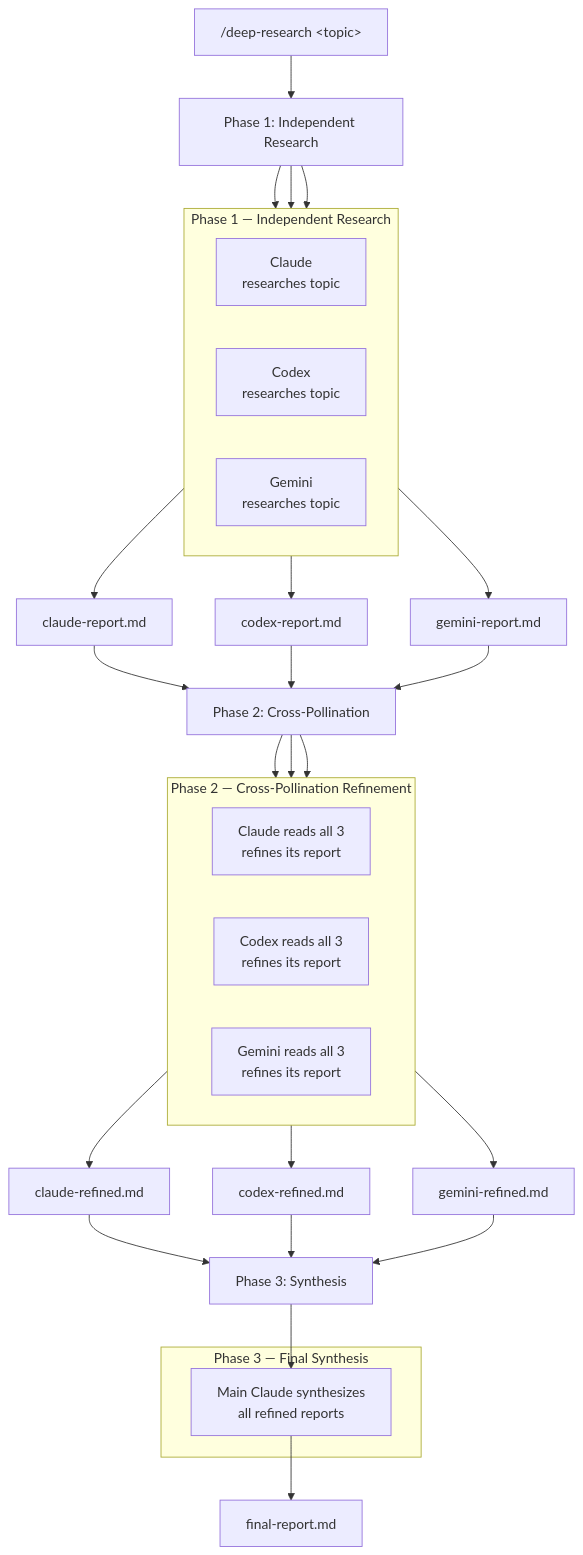
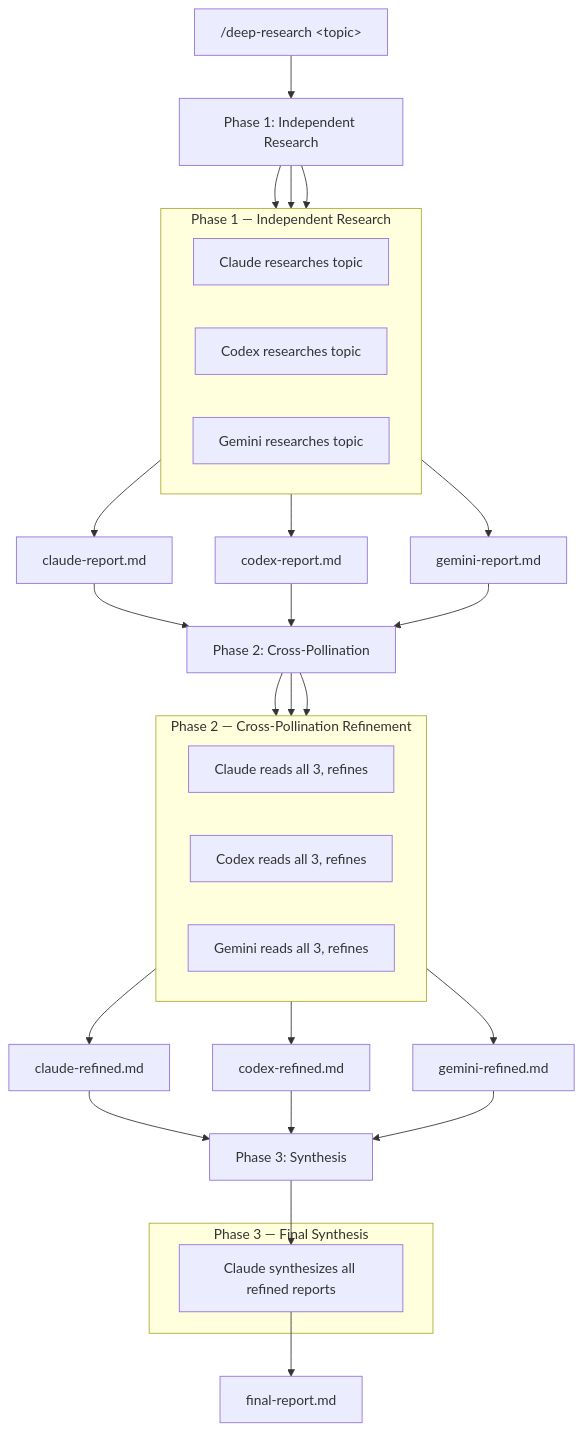
Before and after one commit to jworinc/research-council: the diagram in README.md, drawn with Mermaid.

Commit message:
Fix mermaid diagram: remove newlines from node labels

````diff
--- a/README.md
+++ b/README.md
@@ -13,39 +13,39 @@
 ```mermaid
 flowchart TD
     A["/deep-research &lt;topic&gt;"] --> B["Phase 1: Independent Research"]
 
     subgraph Phase1["Phase 1 — Independent Research"]
         direction LR
-        C1["Claude\nresearches topic"]
-        C2["Codex\nresearches topic"]
-        C3["Gemini\nresearches topic"]
+        C1["Claude researches topic"]
+        C2["Codex researches topic"]
+        C3["Gemini researches topic"]
     end
 
     B --> C1 & C2 & C3
     C1 --> R1["claude-report.md"]
     C2 --> R2["codex-report.md"]
     C3 --> R3["gemini-report.md"]
 
     R1 & R2 & R3 --> D["Phase 2: Cross-Pollination"]
 
     subgraph Phase2["Phase 2 — Cross-Pollination Refinement"]
         direction LR
-        D1["Claude reads all 3\nrefines its report"]
-        D2["Codex reads all 3\nrefines its report"]
-        D3["Gemini reads all 3\nrefines its report"]
+        D1["Claude reads all 3, refines"]
+        D2["Codex reads all 3, refines"]
+        D3["Gemini reads all 3, refines"]
     end
 
     D --> D1 & D2 & D3
     D1 --> E1["claude-refined.md"]
     D2 --> E2["codex-refined.md"]
     D3 --> E3["gemini-refined.md"]
 
     E1 & E2 & E3 --> F["Phase 3: Synthesis"]
 
     subgraph Phase3["Phase 3 — Final Synthesis"]
-        F1["Main Claude synthesizes\nall refined reports"]
+        F1["Claude synthesizes all refined reports"]
     end
 
     F --> F1
     F1 --> G["final-report.md"]
 ```
````
